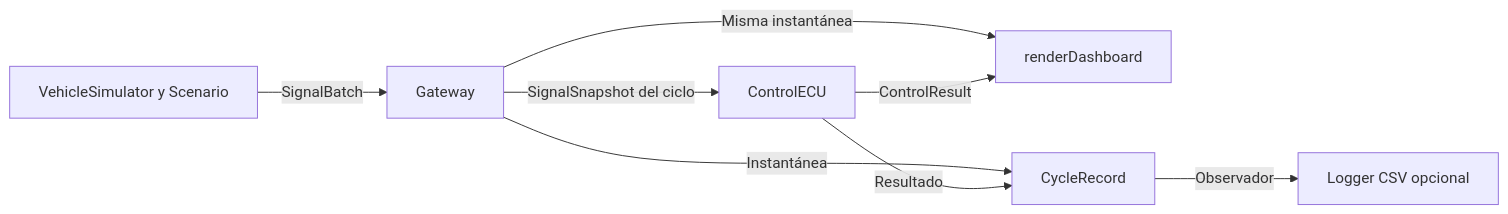
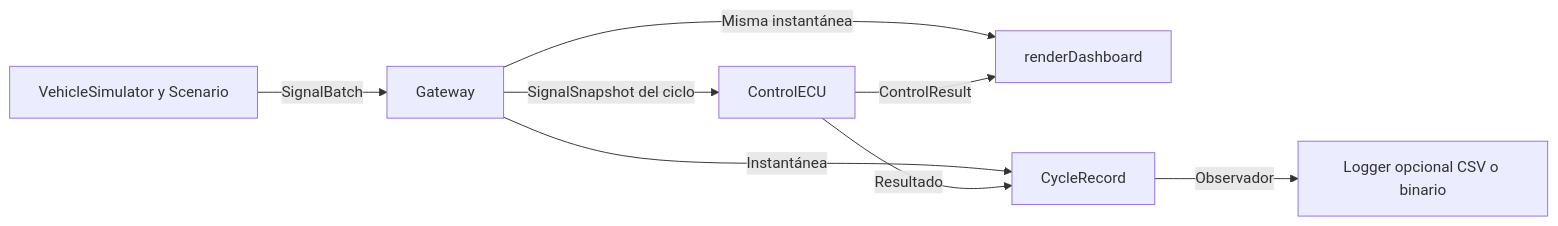
Before and after one commit to EbguenyPJ/vehicle-ecu-simulator: the diagram in README.md, drawn with Mermaid. The commit also changed other lines of this file and 11 other files, not shown here.

````diff
--- a/README.md
+++ b/README.md
@@ -39,10 +40,10 @@
 ```mermaid
 flowchart LR
     S[VehicleSimulator y Scenario] -->|SignalBatch| G[Gateway]
     G -->|SignalSnapshot del ciclo| C[ControlECU]
     G -->|Misma instantánea| D[renderDashboard]
     C -->|ControlResult| D
     G -->|Instantánea| R[CycleRecord]
     C -->|Resultado| R
-    R -->|Observador| L[Logger CSV opcional]
+    R -->|Observador| L[Logger opcional CSV o binario]
 ```
````
